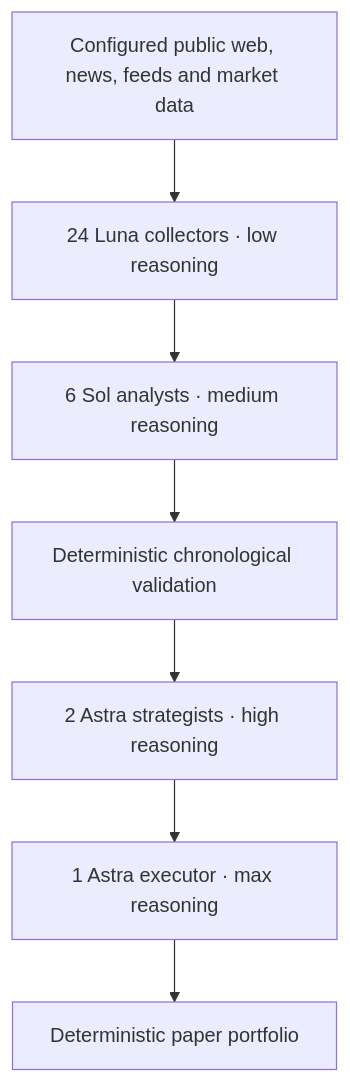
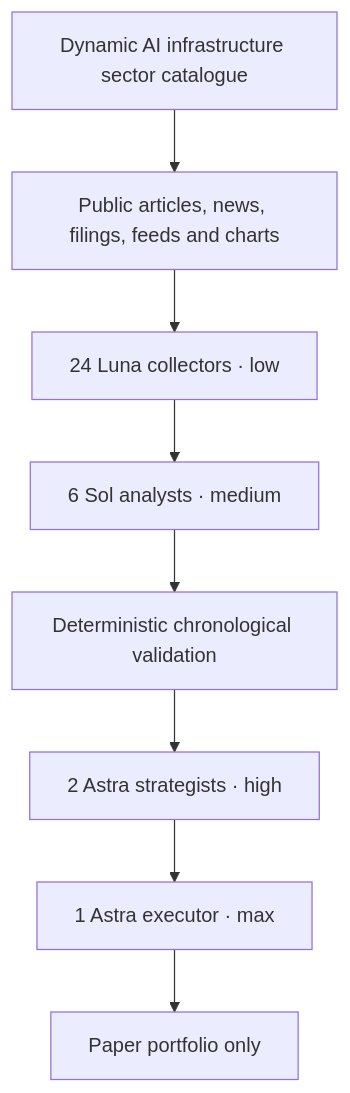
The diagram in docs/Architecture.md (justmycode37/Prism), drawn with Mermaid before and after one commit. The commit also changed other lines of this file and 28 other files, not shown here.

Commit message:
Build dynamic AI infrastructure equity research harness (#1)

````diff
--- a/docs/Architecture.md
+++ b/docs/Architecture.md
@@ -5,16 +5,12 @@
 ```mermaid
 flowchart TD
-    SOURCES[Configured public web, news, feeds and market data]
-    COLLECT[24 Luna collectors · low reasoning]
-    ANALYZE[6 Sol analysts · medium reasoning]
-    STRATEGY[2 Astra strategists · high reasoning]
-    VALIDATE[Deterministic chronological validation]
-    EXECUTE[1 Astra executor · max reasoning]
-    PAPER[Deterministic paper portfolio]
-    SOURCES --> COLLECT
-    COLLECT --> ANALYZE
-    ANALYZE --> VALIDATE
-    VALIDATE --> STRATEGY
-    STRATEGY --> EXECUTE
-    EXECUTE --> PAPER
+    CAT[Dynamic AI infrastructure sector catalogue]
+    WEB[Public articles, news, filings, feeds and charts]
+    COL[24 Luna collectors · low]
+    AN[6 Sol analysts · medium]
+    ST[2 Astra strategists · high]
+    VAL[Deterministic chronological validation]
+    EX[1 Astra executor · max]
+    PAPER[Paper portfolio only]
+    CAT --> WEB --> COL --> AN --> VAL --> ST --> EX --> PAPER
 ```
````
